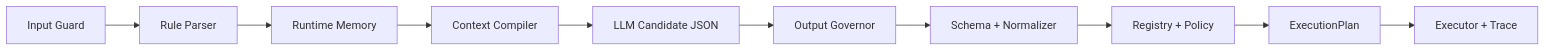
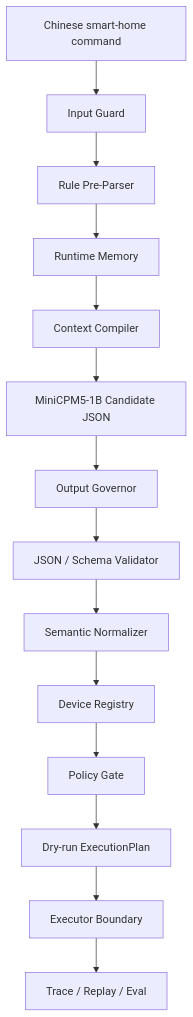
The diagram in README.md (yushui2022/EdgeHome-Harness), drawn with Mermaid before and after one commit. The commit also changed other lines of this file and 1 other file, not shown here.

Commit message:
docs: internationalize README for MiniCPM harness

````diff
--- a/README.md
+++ b/README.md
@@ -189,12 +137,16 @@
 ```mermaid
-flowchart LR
-    A["Input Guard"] --> B["Rule Parser"]
-    B --> C["Runtime Memory"]
-    C --> D["Context Compiler"]
-    D --> E["LLM Candidate JSON"]
-    E --> F["Output Governor"]
-    F --> G["Schema + Normalizer"]
-    G --> H["Registry + Policy"]
-    H --> I["ExecutionPlan"]
-    I --> J["Executor + Trace"]
+flowchart TD
+    A["Chinese smart-home command"] --> B["Input Guard"]
+    B --> C["Rule Pre-Parser"]
+    C --> D["Runtime Memory"]
+    D --> E["Context Compiler"]
+    E --> F["MiniCPM5-1B Candidate JSON"]
+    F --> G["Output Governor"]
+    G --> H["JSON / Schema Validator"]
+    H --> I["Semantic Normalizer"]
+    I --> J["Device Registry"]
+    J --> K["Policy Gate"]
+    K --> L["Dry-run ExecutionPlan"]
+    L --> M["Executor Boundary"]
+    M --> N["Trace / Replay / Eval"]
 ```
````
